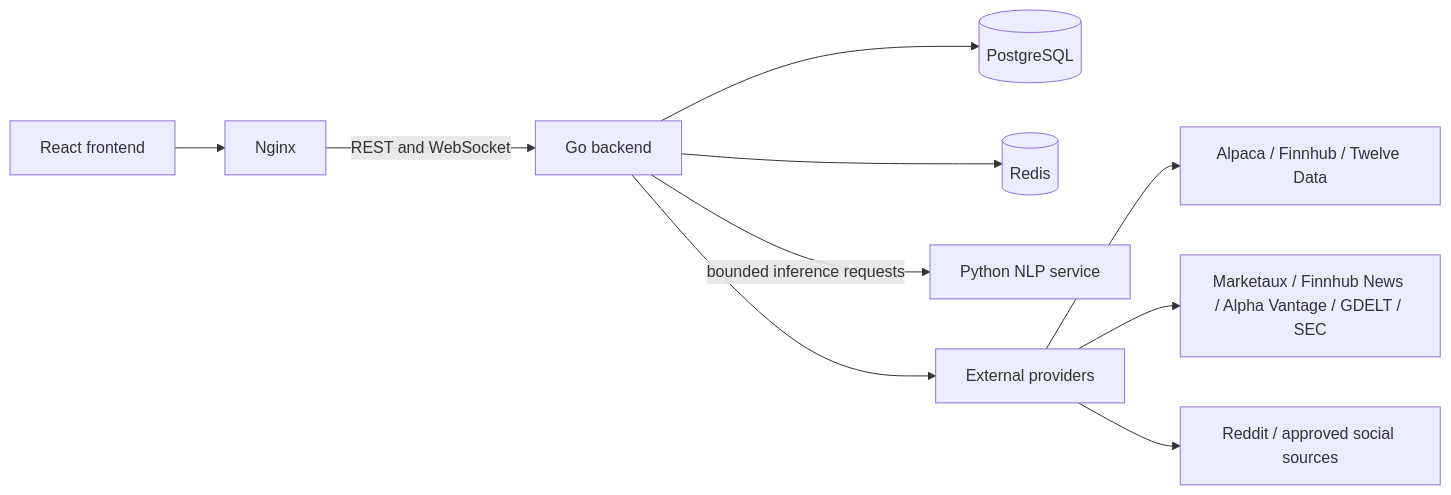
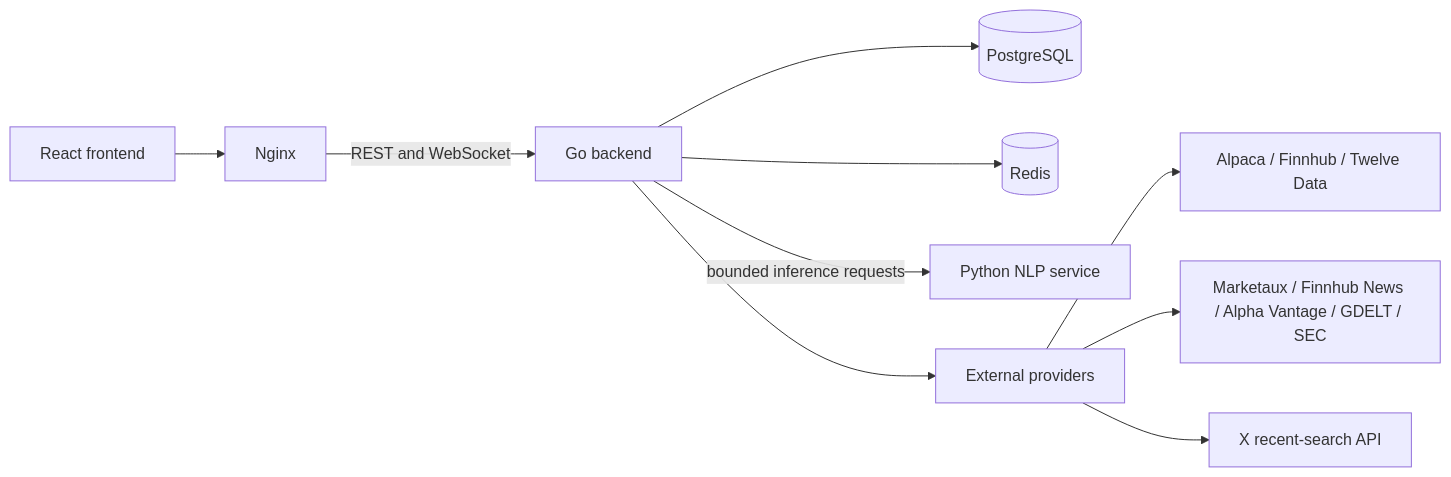
One commit to ShivanshDwivedi2005/Trading-Wens changed the first of 2 diagrams in docs/architecture.md. Above: the diagram before and after it, drawn with Mermaid. The commit also changed 18 other files, not shown here.

````diff
--- a/docs/architecture.md
+++ b/docs/architecture.md
@@ -18,12 +18,12 @@
 ```mermaid
 flowchart LR
     Browser[React frontend] --> Nginx[Nginx]
     Nginx -->|REST and WebSocket| Go[Go backend]
     Go --> Postgres[(PostgreSQL)]
     Go --> Redis[(Redis)]
     Go -->|bounded inference requests| NLP[Python NLP service]
     Go --> Providers[External providers]
     Providers --> Market[Alpaca / Finnhub / Twelve Data]
     Providers --> News[Marketaux / Finnhub News / Alpha Vantage / GDELT / SEC]
-    Providers --> Social[Reddit / approved social sources]
+    Providers --> Social[X recent-search API]
 ```
````
